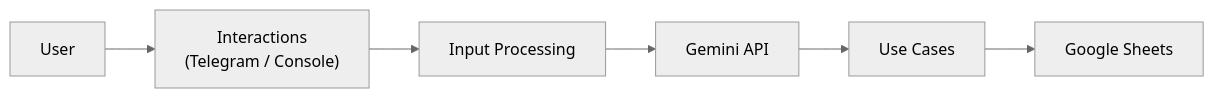
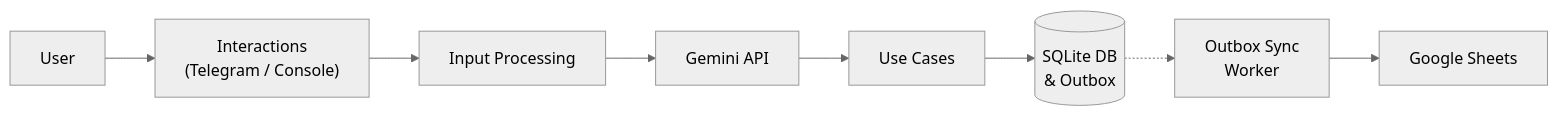
The diagram in README.MD (Linnod/MyFinanceTracker), drawn with Mermaid (neutral theme) before and after one commit. The commit also changed other lines of this file and 48 other files, not shown here.

First line of the commit message:
feat(persistence): add SQLite storage with transactional outbox synchronization

````diff
--- a/README.MD
+++ b/README.MD
@@ -20,24 +21,32 @@
 ```mermaid
 flowchart LR
     User["User"]
 
     Interactions["Interactions
     (Telegram / Console)"]
 
     Parser["Input Processing"]
 
     Gemini["Gemini API"]
 
     UseCases["Use Cases"]
 
+    Sqlite[("SQLite DB
+    & Outbox")]
+
+    Sync["Outbox Sync
+    Worker"]
+
     Sheets["Google Sheets"]
 
     User --> Interactions
     Interactions --> Parser
 
     Parser --> Gemini
 
     Gemini --> UseCases
 
-    UseCases --> Sheets
+    UseCases --> Sqlite
+    Sqlite -.-> Sync
+    Sync --> Sheets
 ```
````
